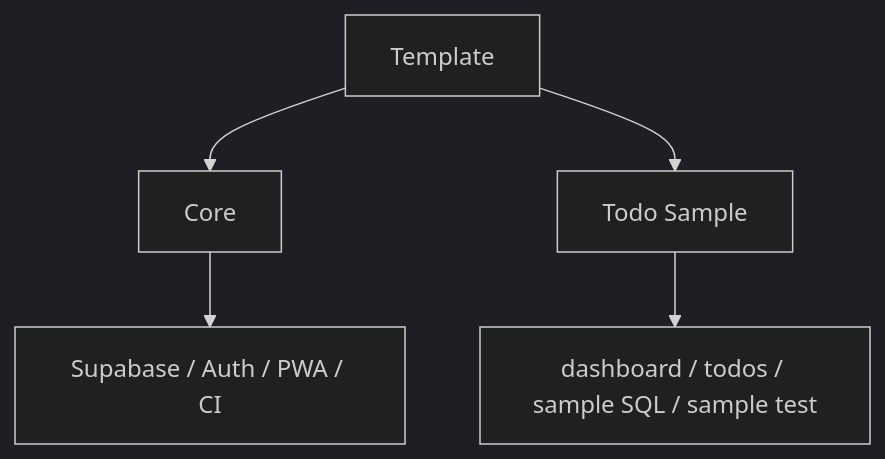
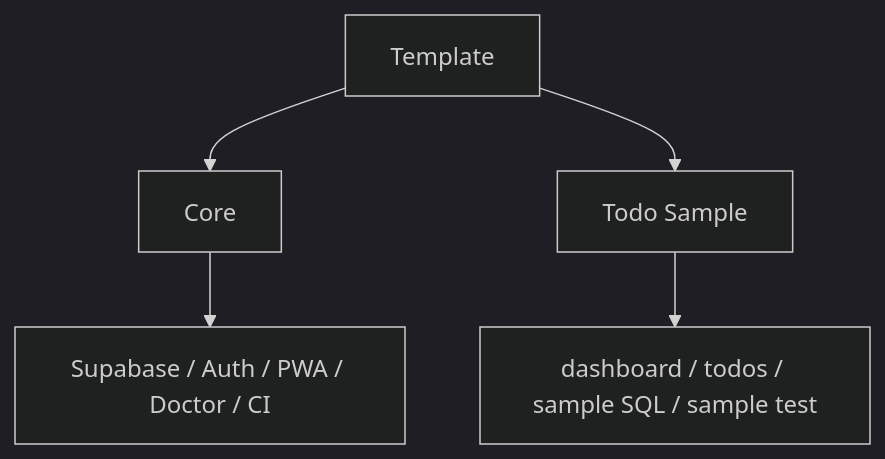
The fourth of 8 diagrams in GETTING-STARTED.md (k-systems202208/nextjs-supabase-vercel-webapp-template), drawn with Mermaid (dark theme) before and after one commit. The commit also changed other lines of this file and 9 other files, not shown here.

````diff
--- a/GETTING-STARTED.md
+++ b/GETTING-STARTED.md
@@ -147,7 +169,7 @@
 ```mermaid
 flowchart TD
     T["Template"] --> C["Core"]
     T --> S["Todo Sample"]
-    C --> C1["Supabase / Auth / PWA / CI"]
+    C --> C1["Supabase / Auth / PWA / Doctor / CI"]
     S --> S1["dashboard / todos / sample SQL / sample test"]
 ```
````
